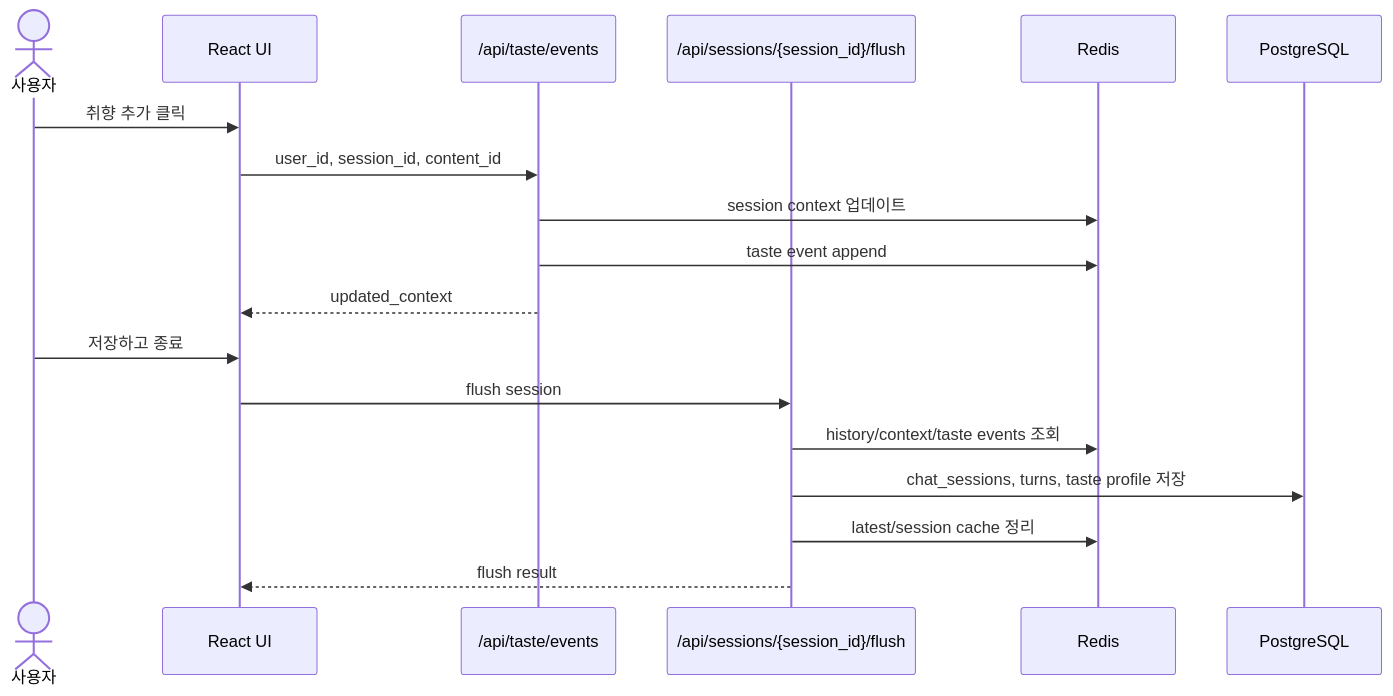
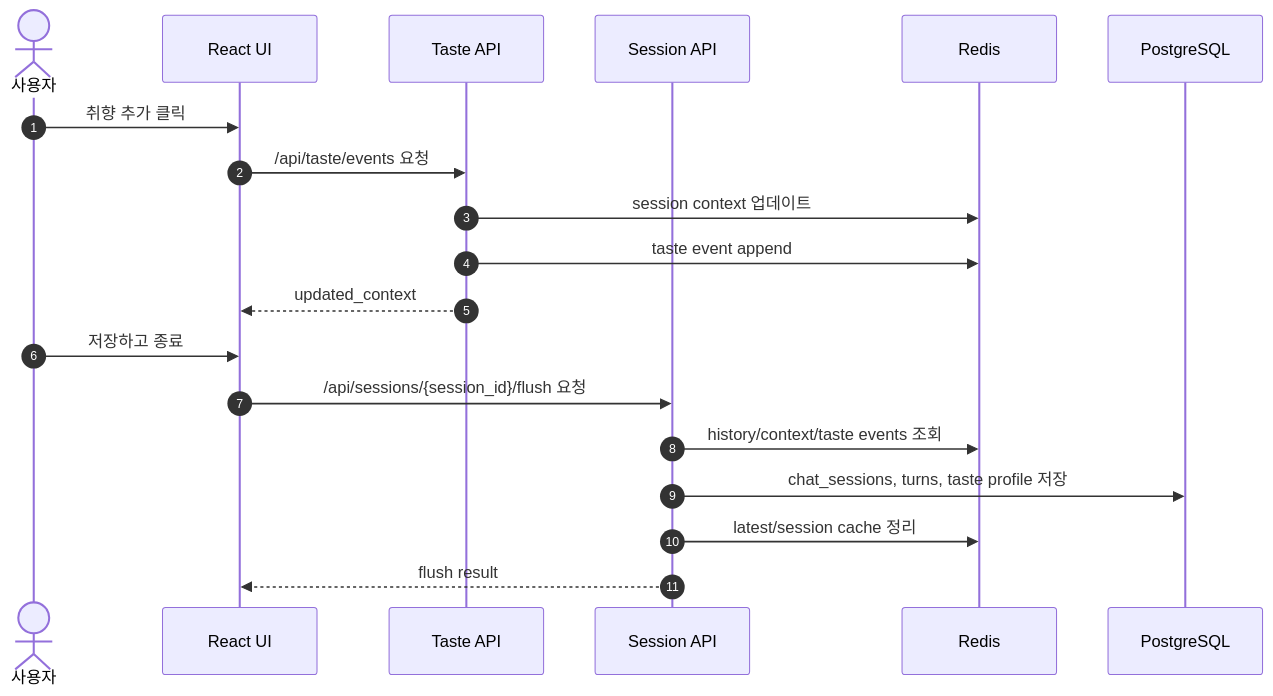
One commit to SKNETWORKS-FAMILY-AICAMP/SKN27-3rd-2TEAM changed diagram 11 of 12 in README.md. Above: the diagram before and after it, drawn with Mermaid. The commit also changed other lines of this file, not shown here.

Commit message:
업로드 시퀀스 다이어그램

````diff
--- a/README.md
+++ b/README.md
@@ -501,22 +504,23 @@
 ```mermaid
 sequenceDiagram
+    autonumber
     actor User as 사용자
     participant FE as React UI
-    participant Taste as /api/taste/events
-    participant Session as /api/sessions/{session_id}/flush
-    participant Redis as Redis
-    participant PG as PostgreSQL
+    participant Taste as Taste API
+    participant Session as Session API
+    participant Cache as Redis
+    participant DB as PostgreSQL
 
     User->>FE: 취향 추가 클릭
-    FE->>Taste: user_id, session_id, content_id
-    Taste->>Redis: session context 업데이트
-    Taste->>Redis: taste event append
+    FE->>Taste: /api/taste/events 요청
+    Taste->>Cache: session context 업데이트
+    Taste->>Cache: taste event append
     Taste-->>FE: updated_context
 
     User->>FE: 저장하고 종료
-    FE->>Session: flush session
-    Session->>Redis: history/context/taste events 조회
-    Session->>PG: chat_sessions, turns, taste profile 저장
-    Session->>Redis: latest/session cache 정리
+    FE->>Session: /api/sessions/{session_id}/flush 요청
+    Session->>Cache: history/context/taste events 조회
+    Session->>DB: chat_sessions, turns, taste profile 저장
+    Session->>Cache: latest/session cache 정리
     Session-->>FE: flush result
 ```
````
